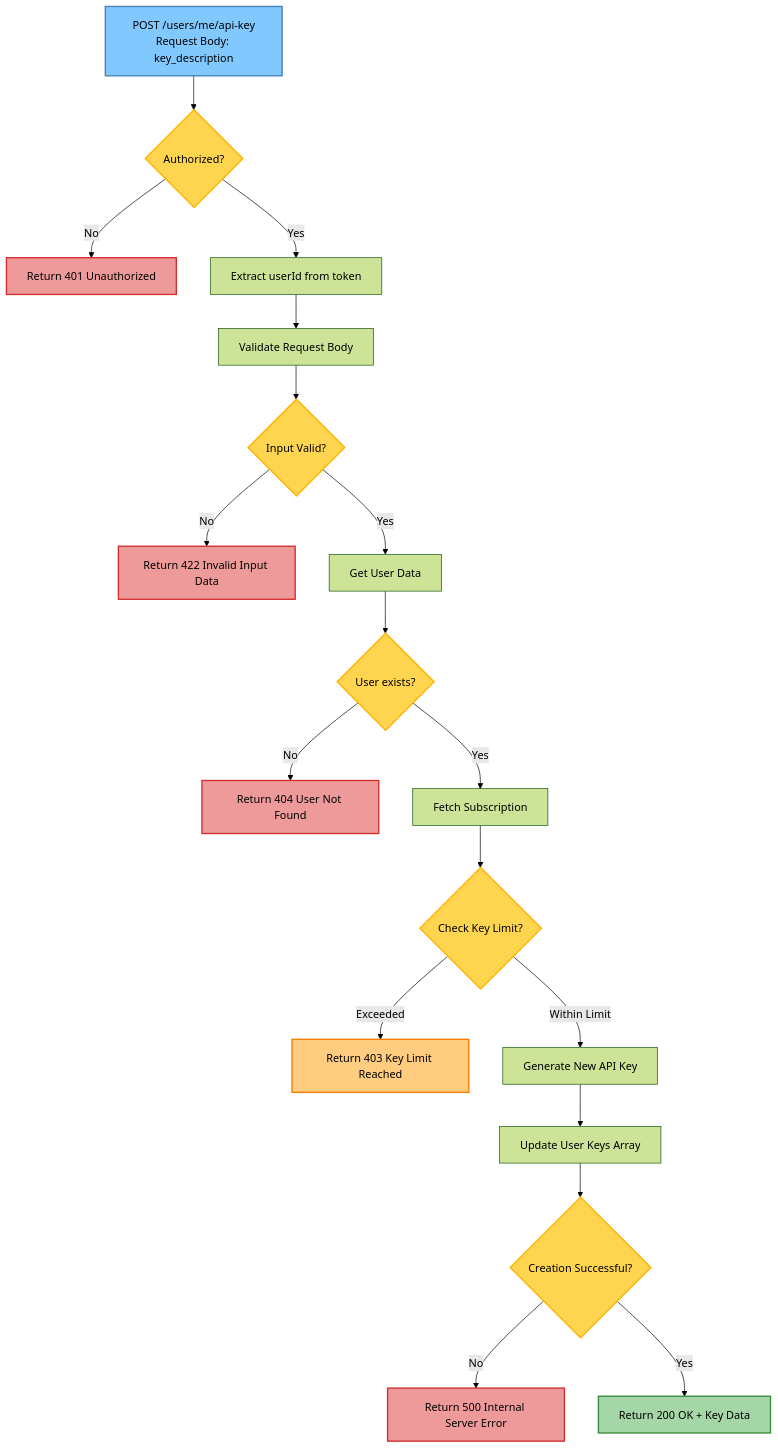
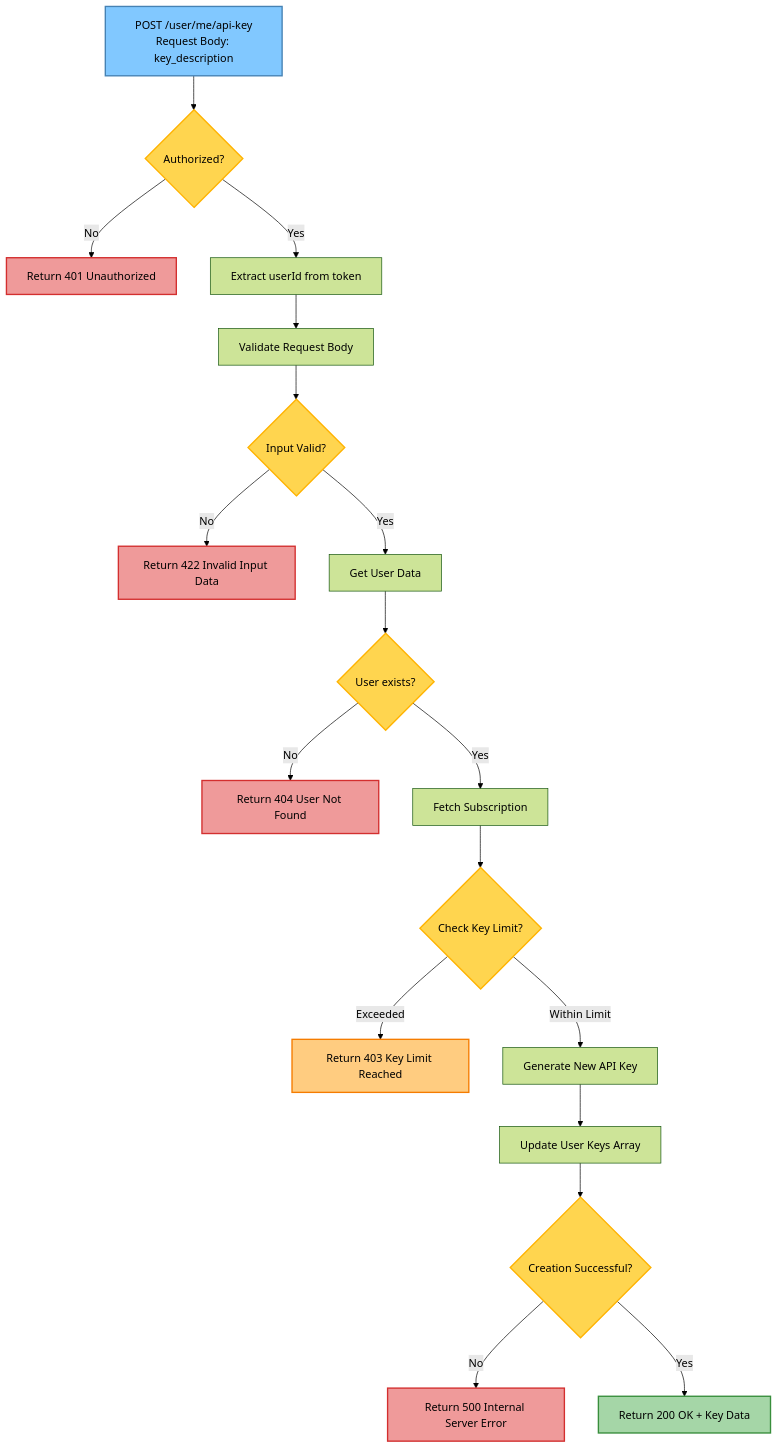
The fourth of 7 diagrams in temp.md (biplab-sutradhar/diagram), drawn with Mermaid (forest theme) before and after one commit. The commit also changed other lines of this file, not shown here.

````diff
--- a/temp.md
+++ b/temp.md
@@ -256,41 +696,41 @@
 ```mermaid
 flowchart TD
-%% API Flow: POST /users/me/api-key
-Start[POST /users/me/api-key<br/>Request Body: key_description] --> Auth{Authorized?}
+%% API Flow: POST /user/me/api-key
+Start[POST /user/me/api-key<br/>Request Body: key_description] --> Auth{Authorized?}
 
 Auth -->|No| Auth401[Return 401 Unauthorized]
 Auth -->|Yes| ExtractUserId[Extract userId from token]
 
 ExtractUserId --> ValidateInput[Validate Request Body]
 ValidateInput --> InputValid{Input Valid?}
 
 InputValid -->|No| Input422[Return 422 Invalid Input Data]
 InputValid -->|Yes| GetUser[Get User Data]
 
 GetUser --> UserExists{User exists?}
 UserExists -->|No| User404[Return 404 User Not Found]
 UserExists -->|Yes| GetSubscription[Fetch Subscription]
 
 GetSubscription --> CheckLimit{Check Key Limit?}
 CheckLimit -->|Exceeded| Limit403[Return 403 Key Limit Reached]
 CheckLimit -->|Within Limit| GenerateKey[Generate New API Key]
 
 GenerateKey --> UpdateUser[Update User Keys Array]
 UpdateUser --> CreateSuccess{Creation Successful?}
 
 CreateSuccess -->|No| Server500[Return 500 Internal Server Error]
 CreateSuccess -->|Yes| Success200[Return 200 OK + Key Data]
 
 classDef startEnd fill:#81C8FF,stroke:#4682B4,stroke-width:2px,color:#000;
 classDef decision fill:#FFD54F,stroke:#FFB300,stroke-width:2px,color:#000;
 classDef success fill:#A5D6A7,stroke:#388E3C,stroke-width:2px,color:#000;
 classDef error fill:#EF9A9A,stroke:#D32F2F,stroke-width:2px,color:#000;
 classDef warning fill:#FFCC80,stroke:#F57C00,stroke-width:2px,color:#000;
 
 class Start,Success200 startEnd
 class Auth,InputValid,UserExists,CheckLimit,CreateSuccess decision
 class Success200 success
 class Auth401,Input422,User404,Server500 error
 class Limit403 warning
 
 ```
````
